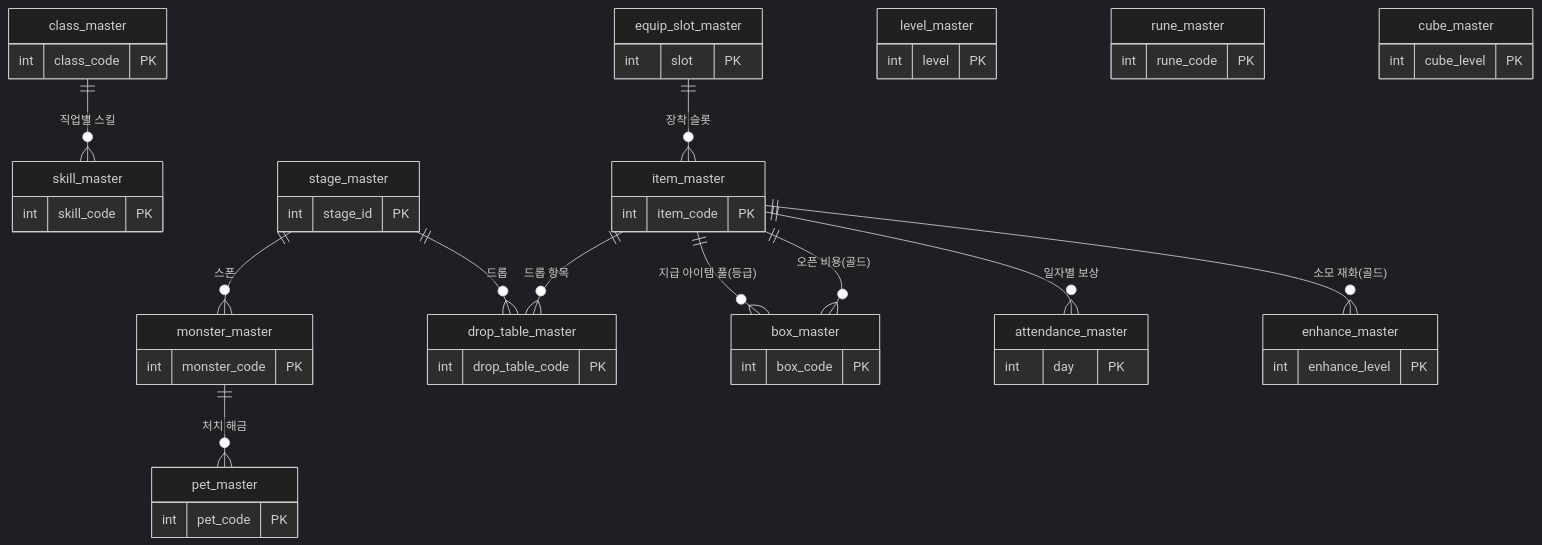
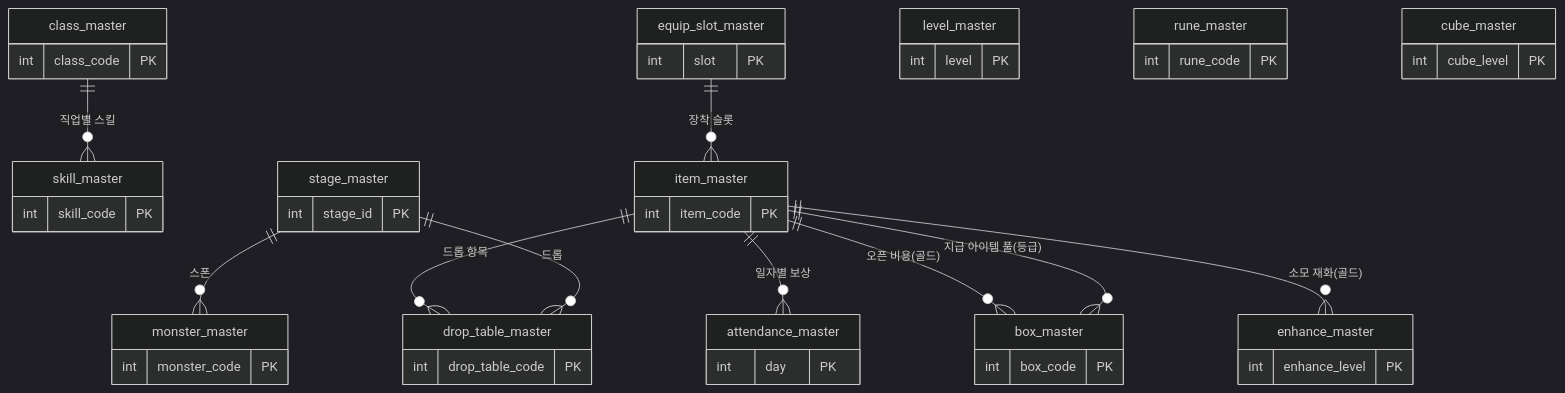
The diagram in docs/세부/master-data-기획서.md (ks-wook/com2us-taskbar-hero), drawn with Mermaid (dark theme) before and after one commit. The commit also changed other lines of this file and 7 other files, not shown here.

````diff
--- a/docs/세부/master-data-기획서.md
+++ b/docs/세부/master-data-기획서.md
@@ -43,28 +43,26 @@
 ```mermaid
 erDiagram
     class_master     ||--o{ skill_master      : "직업별 스킬"
     stage_master     ||--o{ monster_master     : "스폰"
     stage_master     ||--o{ drop_table_master  : "드롭"
-    monster_master   ||--o{ pet_master         : "처치 해금"
     item_master      ||--o{ drop_table_master  : "드롭 항목"
     item_master      ||--o{ box_master         : "지급 아이템 풀(등급)"
     item_master      ||--o{ attendance_master  : "일자별 보상"
     equip_slot_master||--o{ item_master        : "장착 슬롯"
     item_master      ||--o{ enhance_master     : "소모 재화(골드)"
     item_master      ||--o{ box_master         : "오픈 비용(골드)"
 
     class_master { int class_code PK }
     level_master { int level PK }
     item_master { int item_code PK }
     equip_slot_master { int slot PK }
     enhance_master { int enhance_level PK }
     skill_master { int skill_code PK }
     rune_master { int rune_code PK }
-    pet_master { int pet_code PK }
     monster_master { int monster_code PK }
     stage_master { int stage_id PK }
     drop_table_master { int drop_table_code PK }
     cube_master { int cube_level PK }
     box_master { int box_code PK }
     attendance_master { int day PK }
 ```
````
